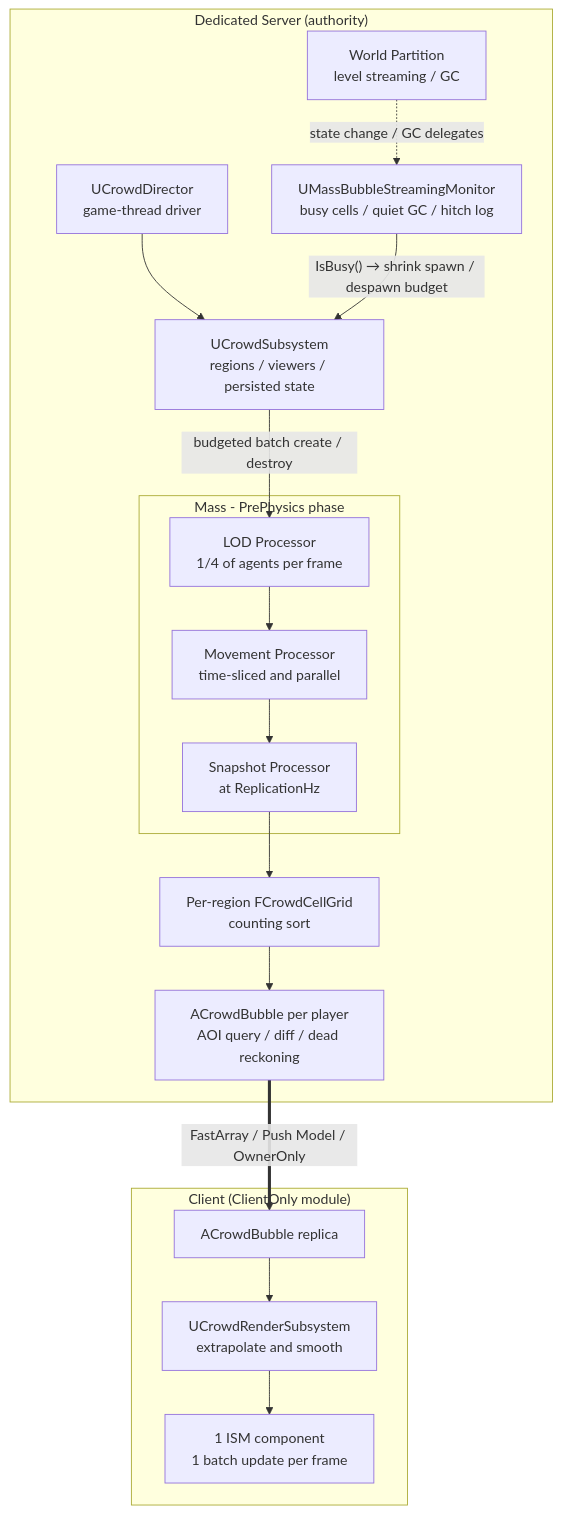
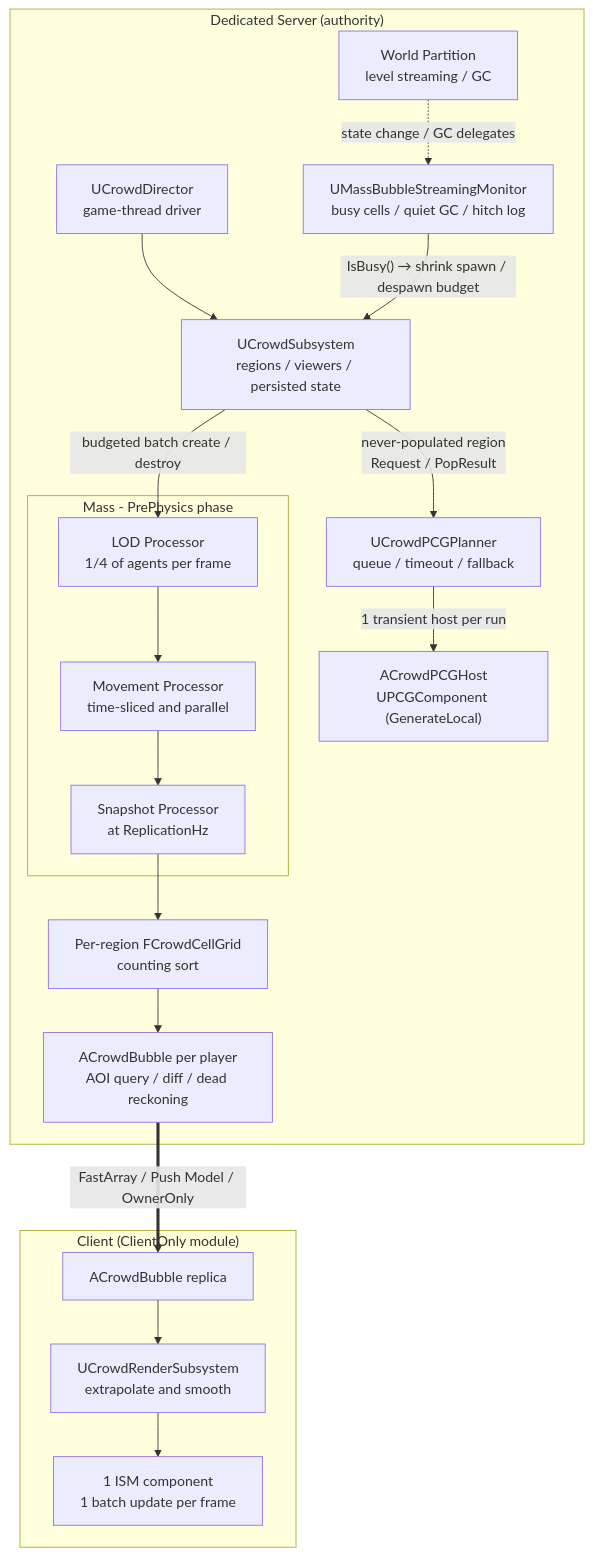
Before and after one commit to woodsshin/GameServer: the first of 4 diagrams in MassBubble/README_EN.md, drawn with Mermaid. The commit also changed other lines of this file and 26 other files, not shown here.

````diff
--- a/MassBubble/README_EN.md
+++ b/MassBubble/README_EN.md
@@ -73,20 +72,22 @@
 ```mermaid
 flowchart TB
     subgraph SERVER["Dedicated Server (authority)"]
         DIR["UCrowdDirector<br/>game-thread driver"] --> SUB["UCrowdSubsystem<br/>regions / viewers / persisted state"]
         WPS["World Partition<br/>level streaming / GC"] -. "state change / GC delegates" .-> MON["UMassBubbleStreamingMonitor<br/>busy cells / quiet GC / hitch log"]
         MON -- "IsBusy() → shrink spawn / despawn budget" --> SUB
         SUB -- "budgeted batch create / destroy" --> LOD
+        SUB -- "never-populated region<br/>Request / PopResult" --> PLN["UCrowdPCGPlanner<br/>queue / timeout / fallback"]
+        PLN -- "1 transient host per run" --> HOST["ACrowdPCGHost<br/>UPCGComponent (GenerateLocal)"]
         subgraph MASS["Mass - PrePhysics phase"]
             LOD["LOD Processor<br/>1/4 of agents per frame"] --> MOVE["Movement Processor<br/>time-sliced and parallel"]
             MOVE --> SNAP["Snapshot Processor<br/>at ReplicationHz"]
         end
         SNAP --> GRID["Per-region FCrowdCellGrid<br/>counting sort"]
         GRID --> BUB["ACrowdBubble per player<br/>AOI query / diff / dead reckoning"]
     end
     BUB == "FastArray / Push Model / OwnerOnly" ==> CBUB
     subgraph CLIENT["Client (ClientOnly module)"]
         CBUB["ACrowdBubble replica"] --> REND["UCrowdRenderSubsystem<br/>extrapolate and smooth"]
         REND --> ISM["1 ISM component<br/>1 batch update per frame"]
     end
 ```
````
